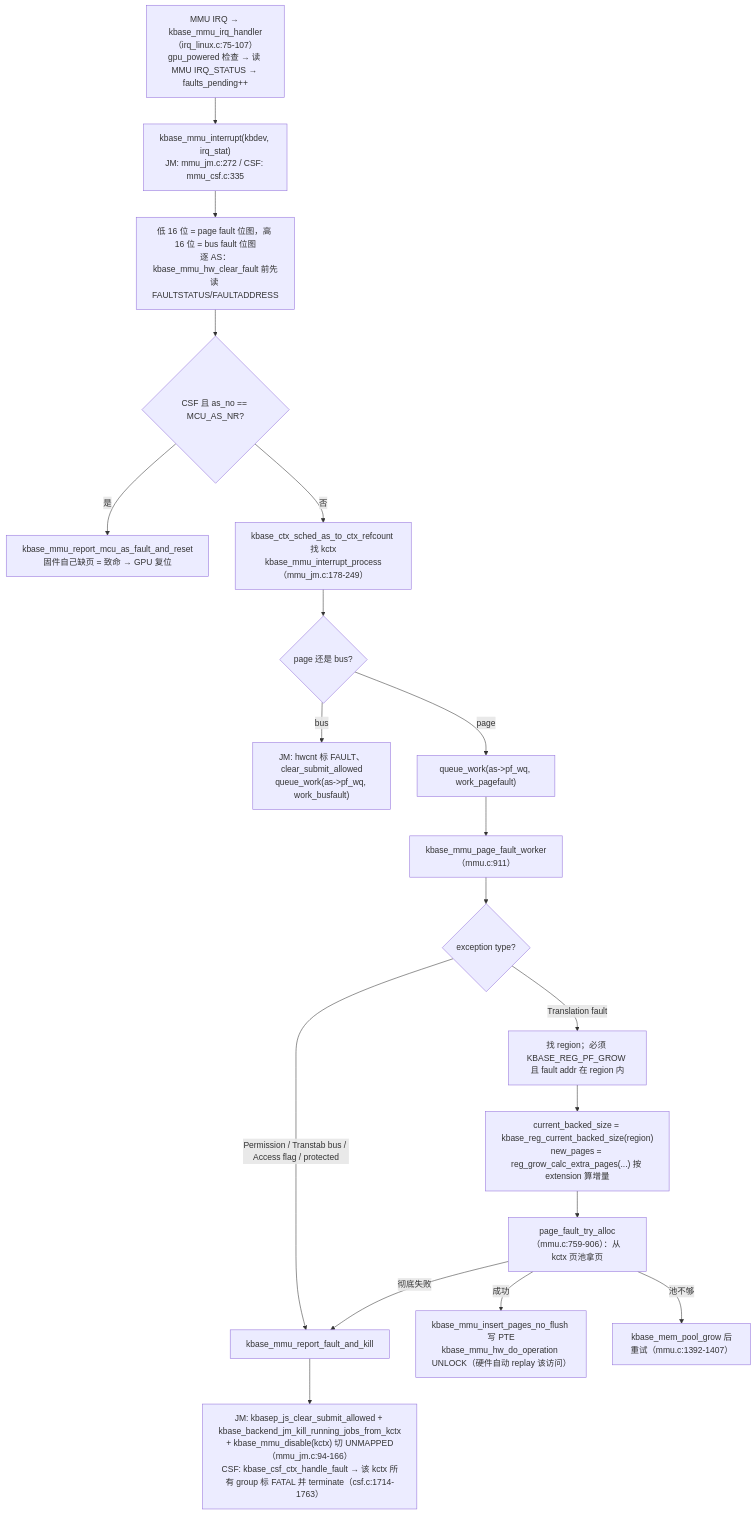
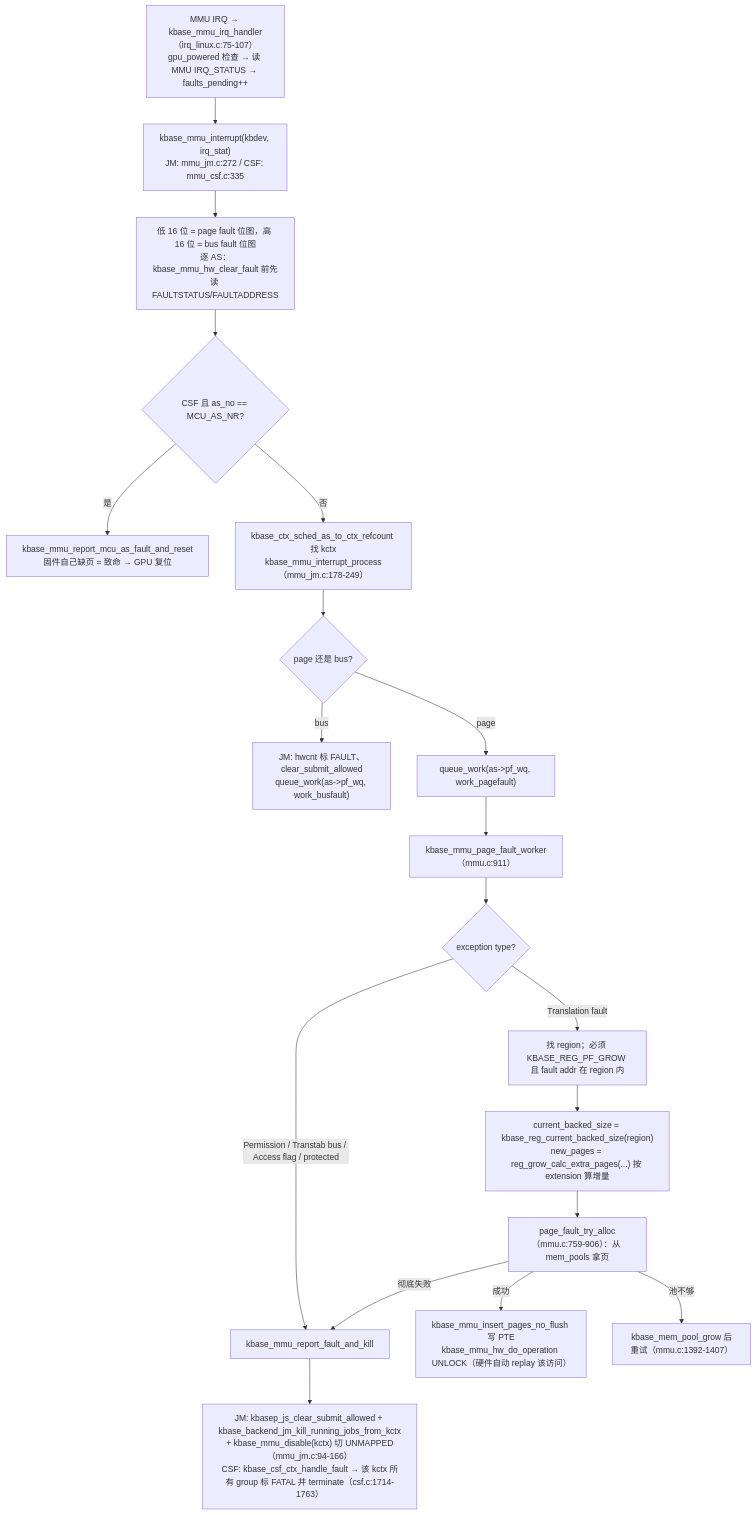
Diagram 14 of 29 in GPU_DRIVER_ARCHITECTURE.md (firstbird/gpu_graph), drawn with Mermaid before and after one commit. The commit also changed other lines of this file, not shown here.

````diff
--- a/GPU_DRIVER_ARCHITECTURE.md
+++ b/GPU_DRIVER_ARCHITECTURE.md
@@ -716,22 +798,22 @@
 ```mermaid
 flowchart TD
   I["MMU IRQ → kbase_mmu_irq_handler（irq_linux.c:75-107）<br/>gpu_powered 检查 → 读 MMU IRQ_STATUS → faults_pending++"]
   I --> J["kbase_mmu_interrupt(kbdev, irq_stat)<br/>JM: mmu_jm.c:272 / CSF: mmu_csf.c:335"]
   J --> K["低 16 位 = page fault 位图，高 16 位 = bus fault 位图<br/>逐 AS：kbase_mmu_hw_clear_fault 前先读 FAULTSTATUS/FAULTADDRESS"]
   K --> K2{"CSF 且 as_no == MCU_AS_NR?"}
   K2 -->|是| K3["kbase_mmu_report_mcu_as_fault_and_reset<br/>固件自己缺页 = 致命 → GPU 复位"]
   K2 -->|否| L["kbase_ctx_sched_as_to_ctx_refcount 找 kctx<br/>kbase_mmu_interrupt_process（mmu_jm.c:178-249）"]
   L --> M{"page 还是 bus?"}
   M -->|bus| N["JM: hwcnt 标 FAULT、clear_submit_allowed<br/>queue_work(as->pf_wq, work_busfault)"]
   M -->|page| O["queue_work(as->pf_wq, work_pagefault)"]
   O --> P["kbase_mmu_page_fault_worker（mmu.c:911）"]
   P --> Q{"exception type?"}
   Q -->|Permission / Transtab bus / Access flag / protected| R["kbase_mmu_report_fault_and_kill"]
   Q -->|Translation fault| S["找 region；必须 KBASE_REG_PF_GROW 且 fault addr 在 region 内"]
   S --> T["current_backed_size = kbase_reg_current_backed_size(region)<br/>new_pages = reg_grow_calc_extra_pages(...) 按 extension 算增量"]
-  T --> U["page_fault_try_alloc（mmu.c:759-906）：从 kctx 页池拿页"]
+  T --> U["page_fault_try_alloc（mmu.c:759-906）：从 mem_pools 拿页"]
   U -->|成功| V["kbase_mmu_insert_pages_no_flush 写 PTE<br/>kbase_mmu_hw_do_operation UNLOCK（硬件自动 replay 该访问）"]
   U -->|池不够| W["kbase_mem_pool_grow 后重试（mmu.c:1392-1407）"]
   U -->|彻底失败| R
   R --> R2["JM: kbasep_js_clear_submit_allowed + kbase_backend_jm_kill_running_jobs_from_kctx<br/>+ kbase_mmu_disable(kctx) 切 UNMAPPED（mmu_jm.c:94-166）<br/>CSF: kbase_csf_ctx_handle_fault → 该 kctx 所有 group 标 FATAL 并 terminate（csf.c:1714-1763）"]
 ```
````
